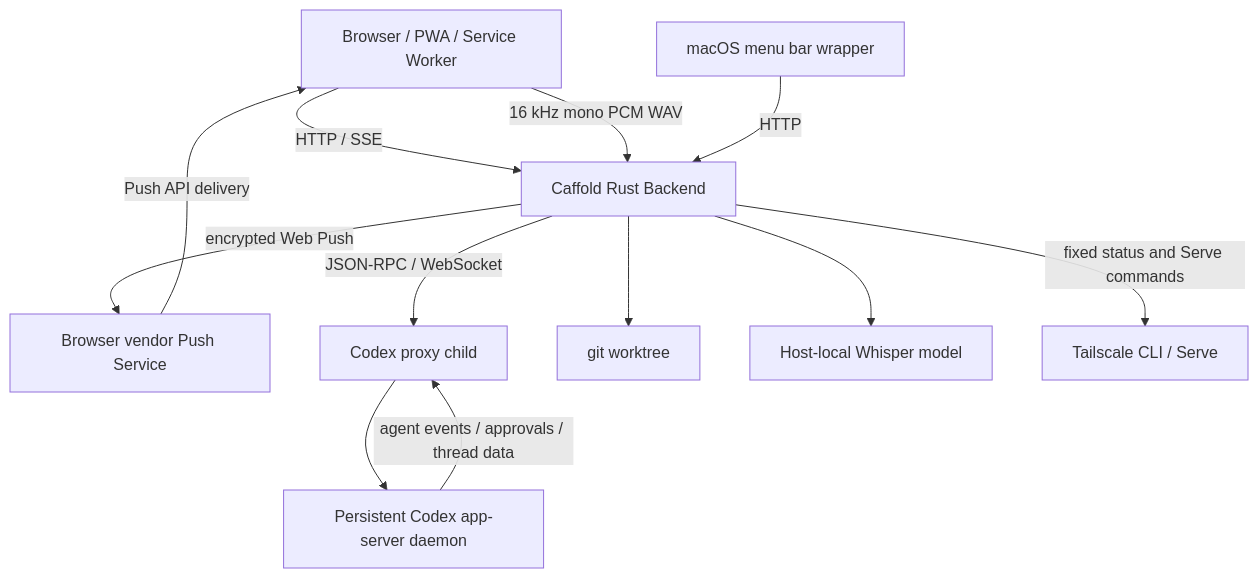
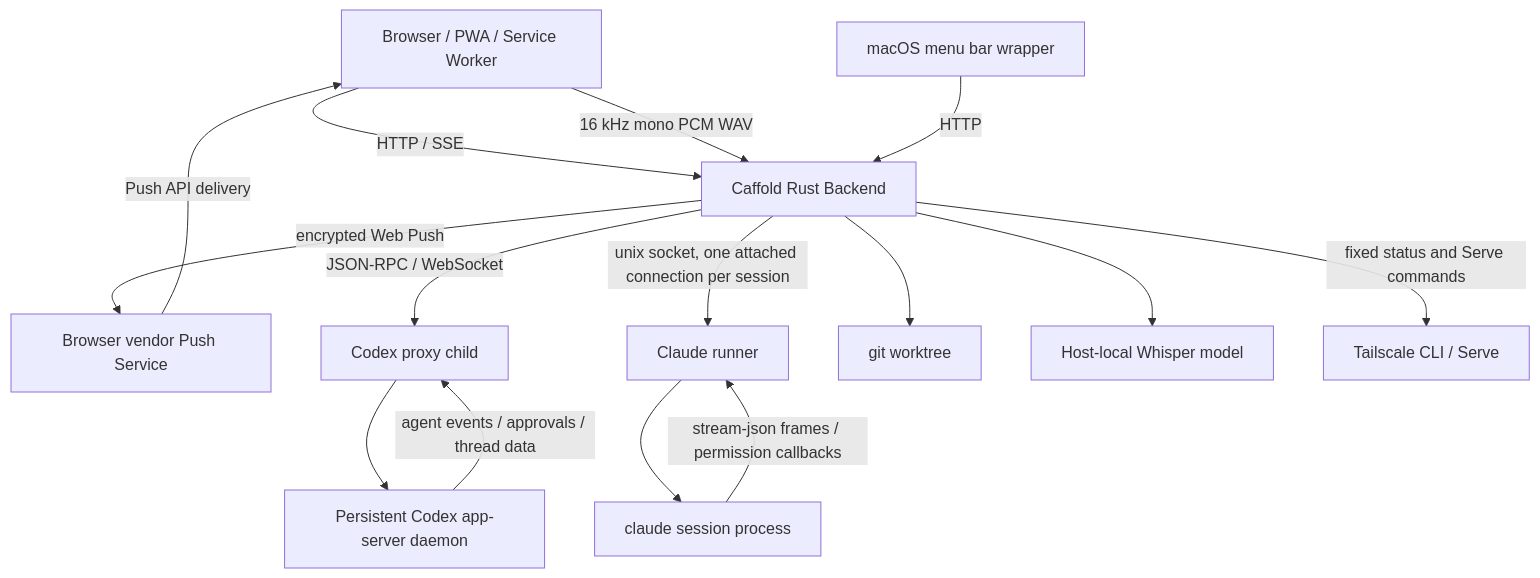
Before and after one commit to panarch/caffold: the diagram in docs/architecture/overview.md, drawn with Mermaid. The commit also changed other lines of this file and 73 other files, not shown here.

````diff
--- a/docs/architecture/overview.md
+++ b/docs/architecture/overview.md
@@ -10,24 +10,29 @@
 ```mermaid
 flowchart TD
     PWA["Browser / PWA / Service Worker"]
     MacWrapper["macOS menu bar wrapper"]
     Backend["Caffold Rust Backend"]
     PushService["Browser vendor Push Service"]
     Proxy["Codex proxy child"]
     AppServer["Persistent Codex app-server daemon"]
+    Runner["Claude runner"]
+    ClaudeSession["claude session process"]
     Git["git worktree"]
     Whisper["Host-local Whisper model"]
     Tailscale["Tailscale CLI / Serve"]
 
     PWA -->|"HTTP / SSE"| Backend
     PWA -->|"16 kHz mono PCM WAV"| Backend
     MacWrapper -->|"HTTP"| Backend
     Backend -->|"JSON-RPC / WebSocket"| Proxy
     Proxy --> AppServer
+    Backend -->|"unix socket, one attached connection per session"| Runner
+    Runner --> ClaudeSession
     Backend --> Git
     Backend --> Whisper
     Backend -->|"fixed status and Serve commands"| Tailscale
     Backend -->|"encrypted Web Push"| PushService
     PushService -->|"Push API delivery"| PWA
     AppServer -->|"agent events / approvals / thread data"| Proxy
+    ClaudeSession -->|"stream-json frames / permission callbacks"| Runner
 ```
````
